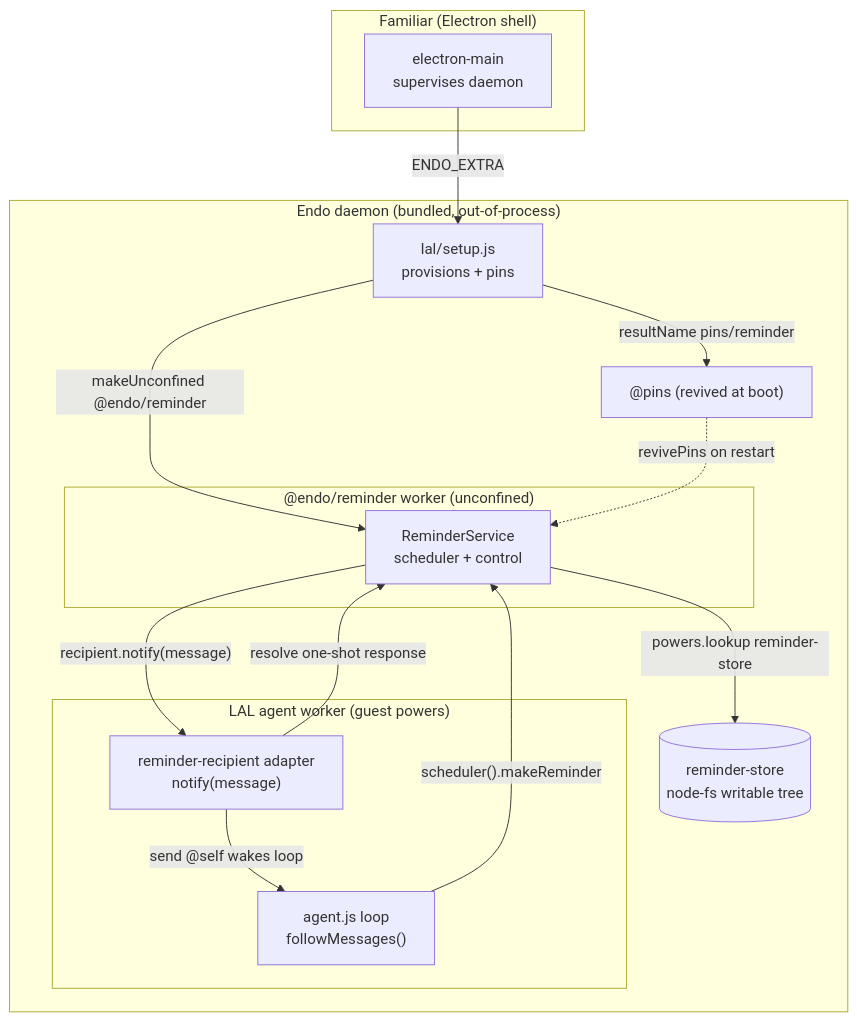
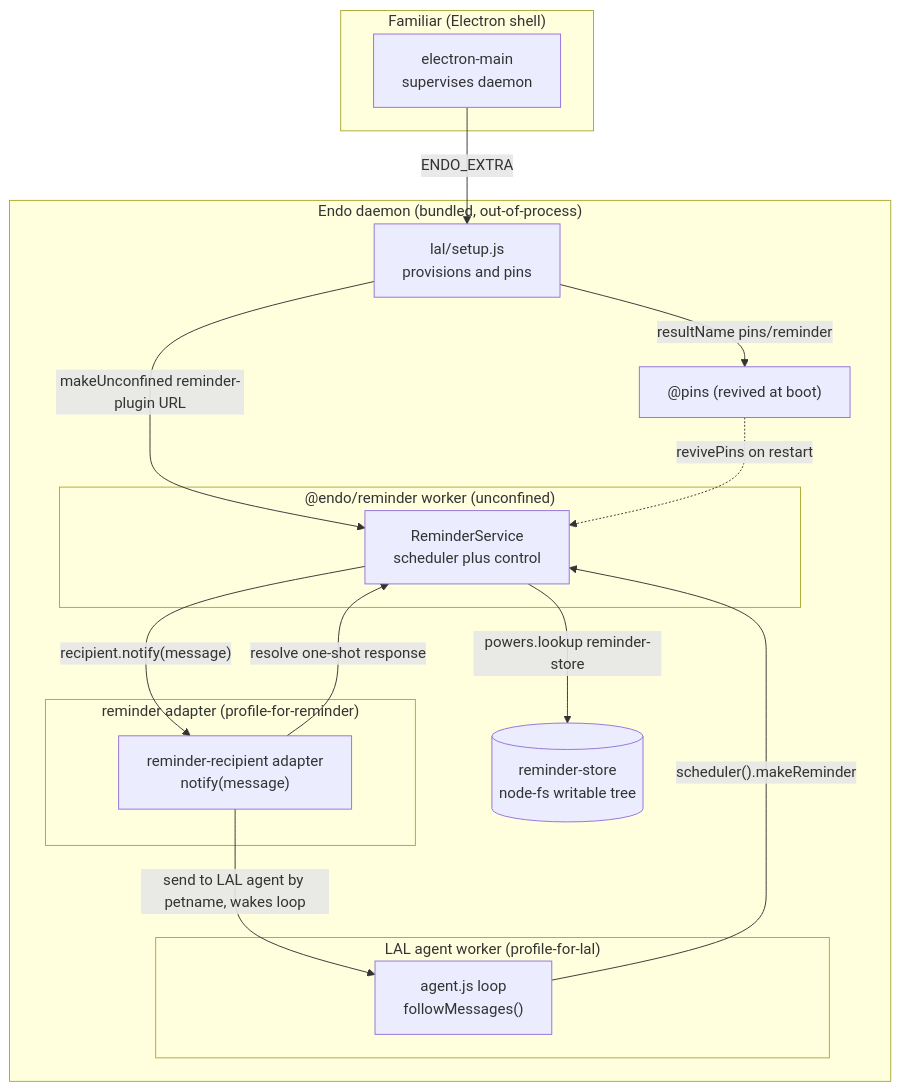
Before and after one commit to endojs/endo-but-for-bots: the diagram in designs/endo-reminder-familiar-integration.md, drawn with Mermaid. The commit also changed other lines of this file and 1 other file, not shown here.

First line of the commit message:
docs(design): address panel review on reminder-Familiar integration

````diff
--- a/designs/endo-reminder-familiar-integration.md
+++ b/designs/endo-reminder-familiar-integration.md
@@ -49,27 +76,29 @@
 ```mermaid
 flowchart TB
   subgraph Familiar["Familiar (Electron shell)"]
     EM["electron-main<br/>supervises daemon"]
   end
   subgraph Daemon["Endo daemon (bundled, out-of-process)"]
-    SETUP["lal/setup.js<br/>provisions + pins"]
-    subgraph LALworker["LAL agent worker (guest powers)"]
+    SETUP["lal/setup.js<br/>provisions and pins"]
+    subgraph LALworker["LAL agent worker (profile-for-lal)"]
       AGENT["agent.js loop<br/>followMessages()"]
+    end
+    subgraph AdaptGuest["reminder adapter (profile-for-reminder)"]
       ADAPT["reminder-recipient adapter<br/>notify(message)"]
     end
     subgraph RemWorker["@endo/reminder worker (unconfined)"]
-      SVC["ReminderService<br/>scheduler + control"]
+      SVC["ReminderService<br/>scheduler plus control"]
     end
     STORE[("reminder-store<br/>node-fs writable tree")]
     PINS["@pins (revived at boot)"]
   end
   EM -->|ENDO_EXTRA| SETUP
-  SETUP -->|"makeUnconfined @endo/reminder"| SVC
+  SETUP -->|"makeUnconfined reminder-plugin URL"| SVC
   SETUP -->|"resultName pins/reminder"| PINS
   PINS -.->|revivePins on restart| SVC
   SVC -->|"powers.lookup reminder-store"| STORE
   SVC -->|"recipient.notify(message)"| ADAPT
-  ADAPT -->|"send @self wakes loop"| AGENT
+  ADAPT -->|"send to LAL agent by petname, wakes loop"| AGENT
   ADAPT -->|"resolve one-shot response"| SVC
   AGENT -->|"scheduler().makeReminder"| SVC
 ```
````
